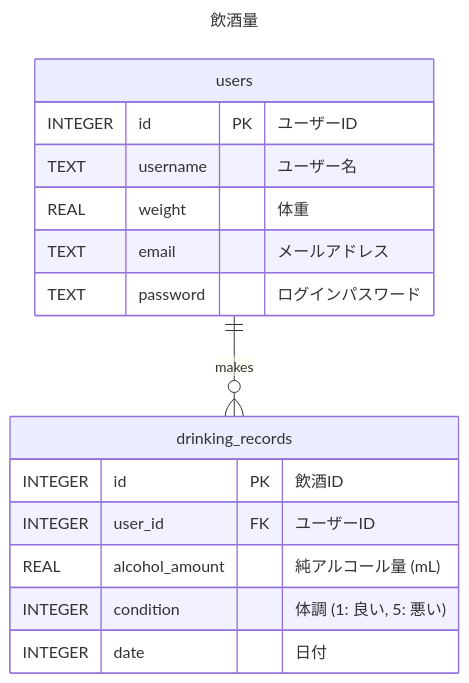
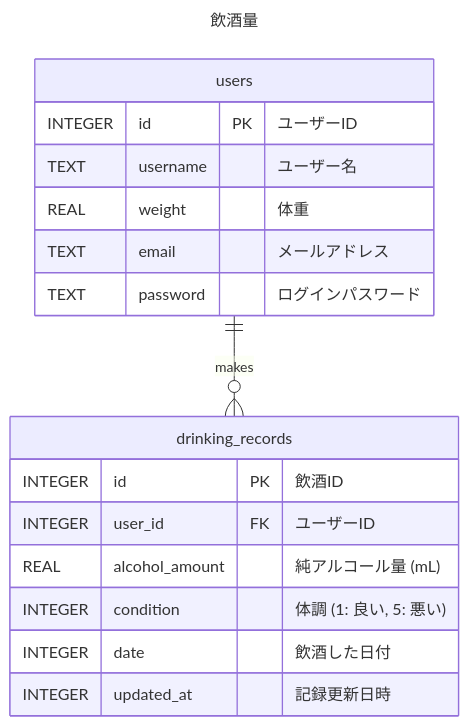
Before and after one commit to saitamau-maximum/alcoho-rhythm: the diagram in README.md, drawn with Mermaid.

Commit message:
docs: drinking_records.updated_atを追加

````diff
--- a/README.md
+++ b/README.md
@@ -7,23 +7,24 @@
 ```mermaid
 ---
 title: "飲酒量"
 ---
 erDiagram
     users ||--o{ drinking_records : "makes"
 
     users {
         INTEGER id PK "ユーザーID"
         TEXT username "ユーザー名"
         REAL weight "体重"
         TEXT email "メールアドレス"
         TEXT password "ログインパスワード"
     }
 
     drinking_records {
         INTEGER id PK "飲酒ID"
         INTEGER user_id FK "ユーザーID"
         REAL alcohol_amount "純アルコール量 (mL)"
         INTEGER condition "体調 (1: 良い, 5: 悪い)"
-        INTEGER date "日付"
+        INTEGER date "飲酒した日付"
+        INTEGER updated_at "記録更新日時"
     }
 ```
````
